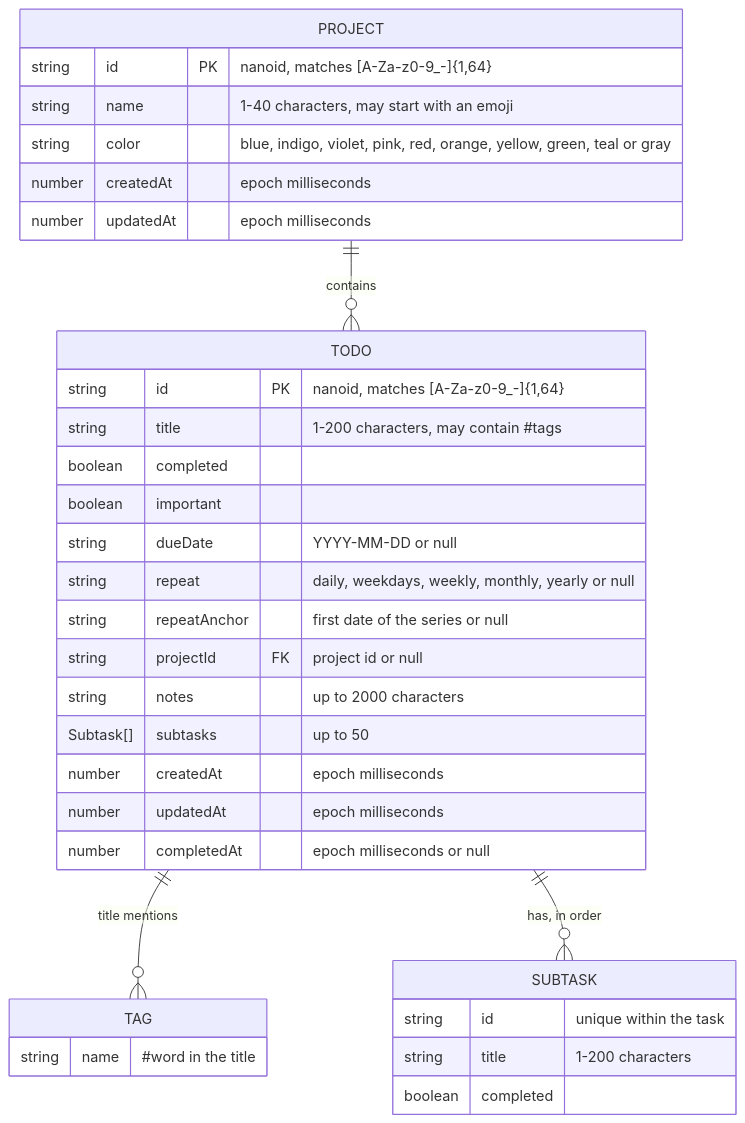
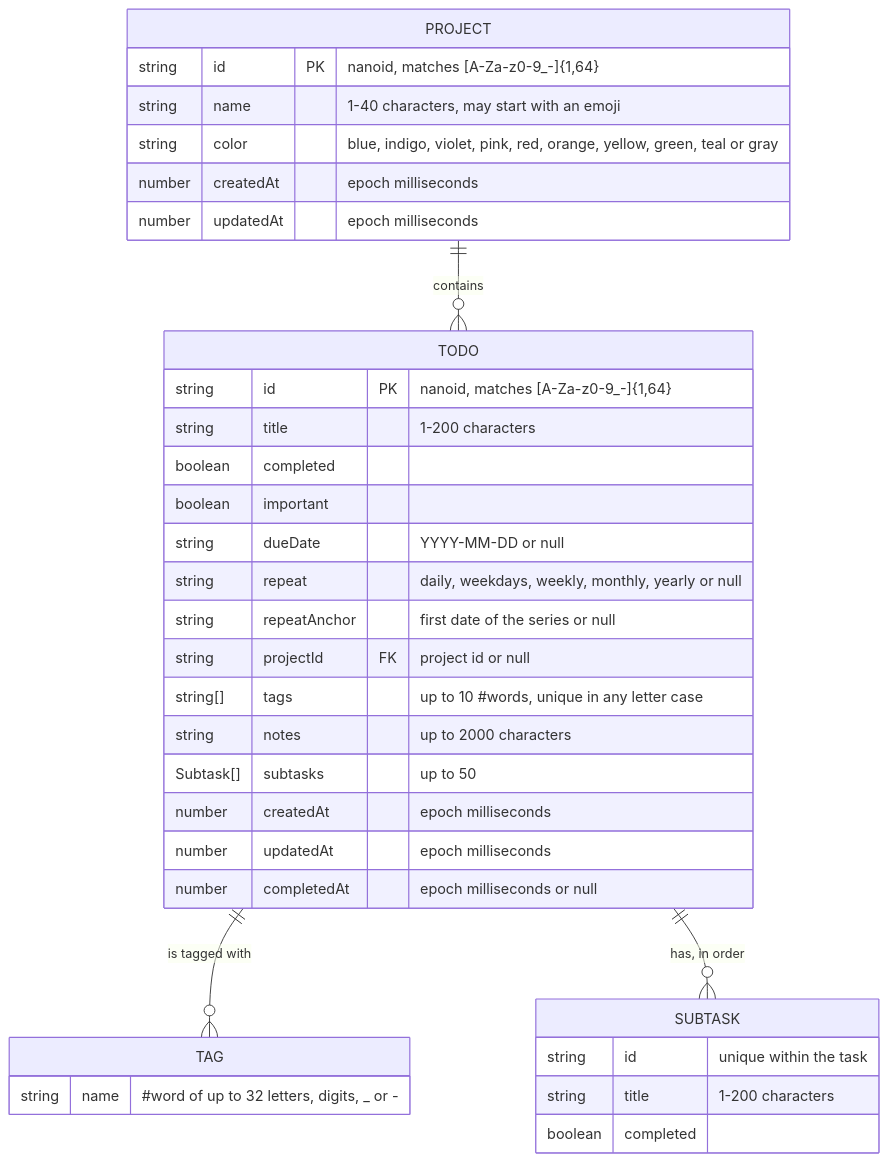
One commit to sacrificed666/react-todo-app changed the third of 10 diagrams in docs/architecture.md. Above: the diagram before and after it, drawn with Mermaid. The commit also changed other lines of this file and 50 other files, not shown here.

````diff
--- a/docs/architecture.md
+++ b/docs/architecture.md
@@ -115,36 +115,37 @@
 ```mermaid
 erDiagram
   PROJECT {
     string id PK "nanoid, matches [A-Za-z0-9_-]{1,64}"
     string name "1-40 characters, may start with an emoji"
     string color "blue, indigo, violet, pink, red, orange, yellow, green, teal or gray"
     number createdAt "epoch milliseconds"
     number updatedAt "epoch milliseconds"
   }
   TODO {
     string id PK "nanoid, matches [A-Za-z0-9_-]{1,64}"
-    string title "1-200 characters, may contain #tags"
+    string title "1-200 characters"
     boolean completed
     boolean important
     string dueDate "YYYY-MM-DD or null"
     string repeat "daily, weekdays, weekly, monthly, yearly or null"
     string repeatAnchor "first date of the series or null"
     string projectId FK "project id or null"
+    string[] tags "up to 10 #words, unique in any letter case"
     string notes "up to 2000 characters"
     Subtask[] subtasks "up to 50"
     number createdAt "epoch milliseconds"
     number updatedAt "epoch milliseconds"
     number completedAt "epoch milliseconds or null"
   }
   TAG {
-    string name "#word in the title"
+    string name "#word of up to 32 letters, digits, _ or -"
   }
   SUBTASK {
     string id "unique within the task"
     string title "1-200 characters"
     boolean completed
   }
   PROJECT ||--o{ TODO : "contains"
-  TODO ||--o{ TAG : "title mentions"
+  TODO ||--o{ TAG : "is tagged with"
   TODO ||--o{ SUBTASK : "has, in order"
 ```
````
